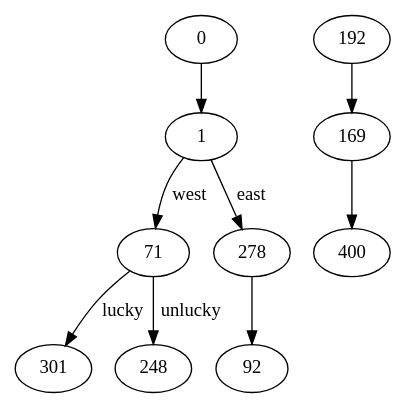
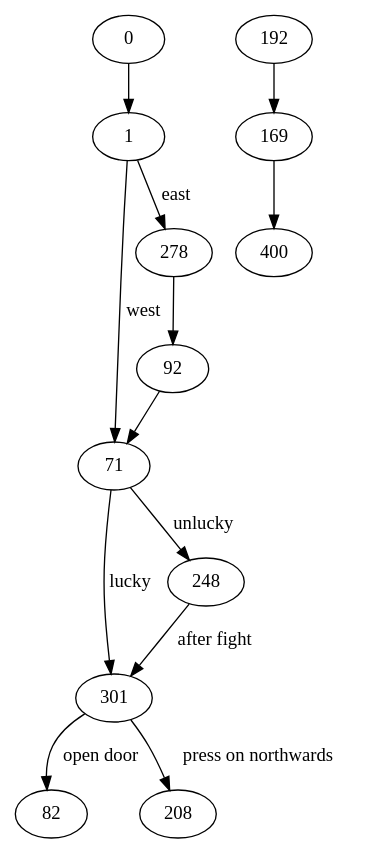
One commit to JosePedroDias/non-linear changed the diagram in original/adventure.dot. Above: the diagram before and after it, drawn with Graphviz. The commit also changed 3 other files, not shown here.

```diff
--- a/original/adventure.dot
+++ b/original/adventure.dot
@@ -1,16 +1,23 @@
 /* https://dagrejs.github.io/project/dagre-d3/latest/demo/interactive-demo.html */
 digraph {
   0 -> 1
 
   1 -> 71 [label="west"]
   1 -> 278 [label="east"]
 
   71 -> 301 [label="lucky"]
   71 -> 248 [label="unlucky"]
 
+  92 -> 71
+
+  248 -> 301 [label="after fight"]
+
   278 -> 92
 
   169 -> 400
 
   192 -> 169
+
+  301 -> 82 [label="open door"]
+  301 -> 208 [label="press on northwards"]
 }
```
